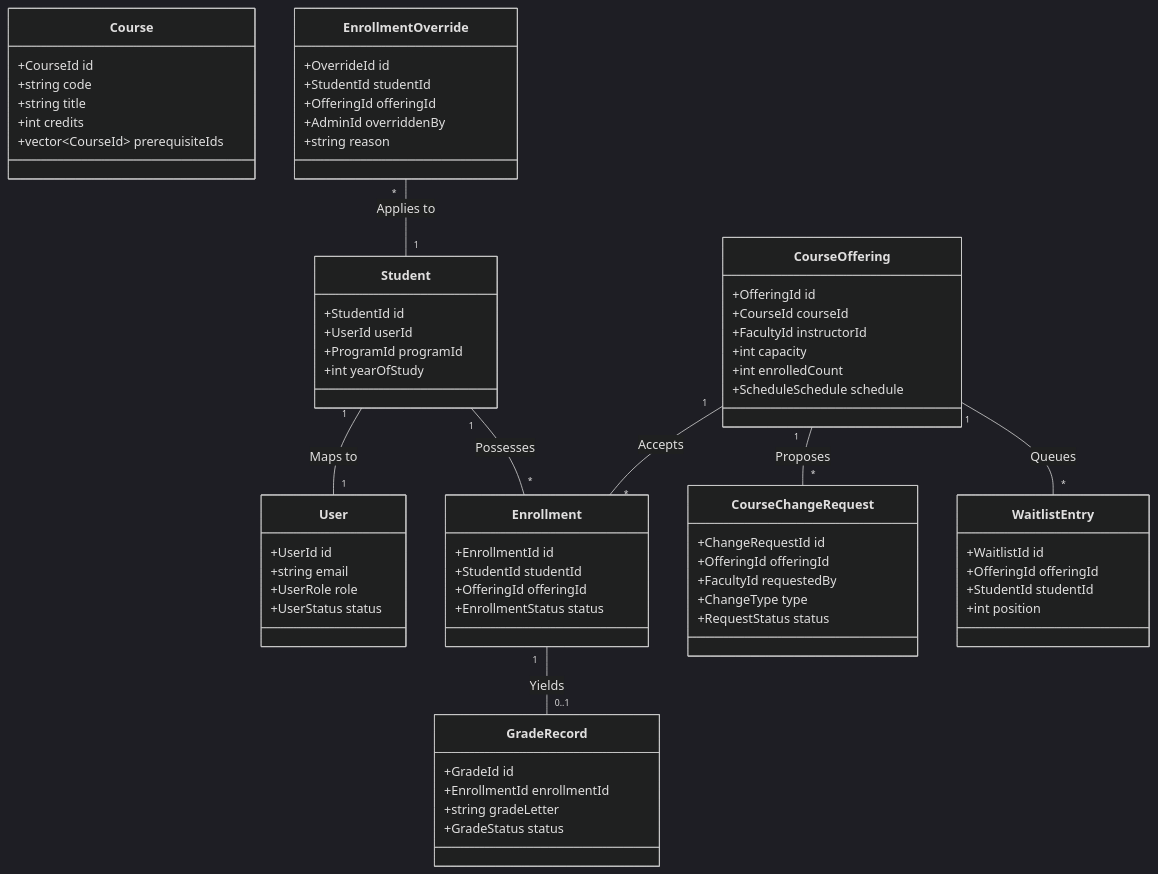
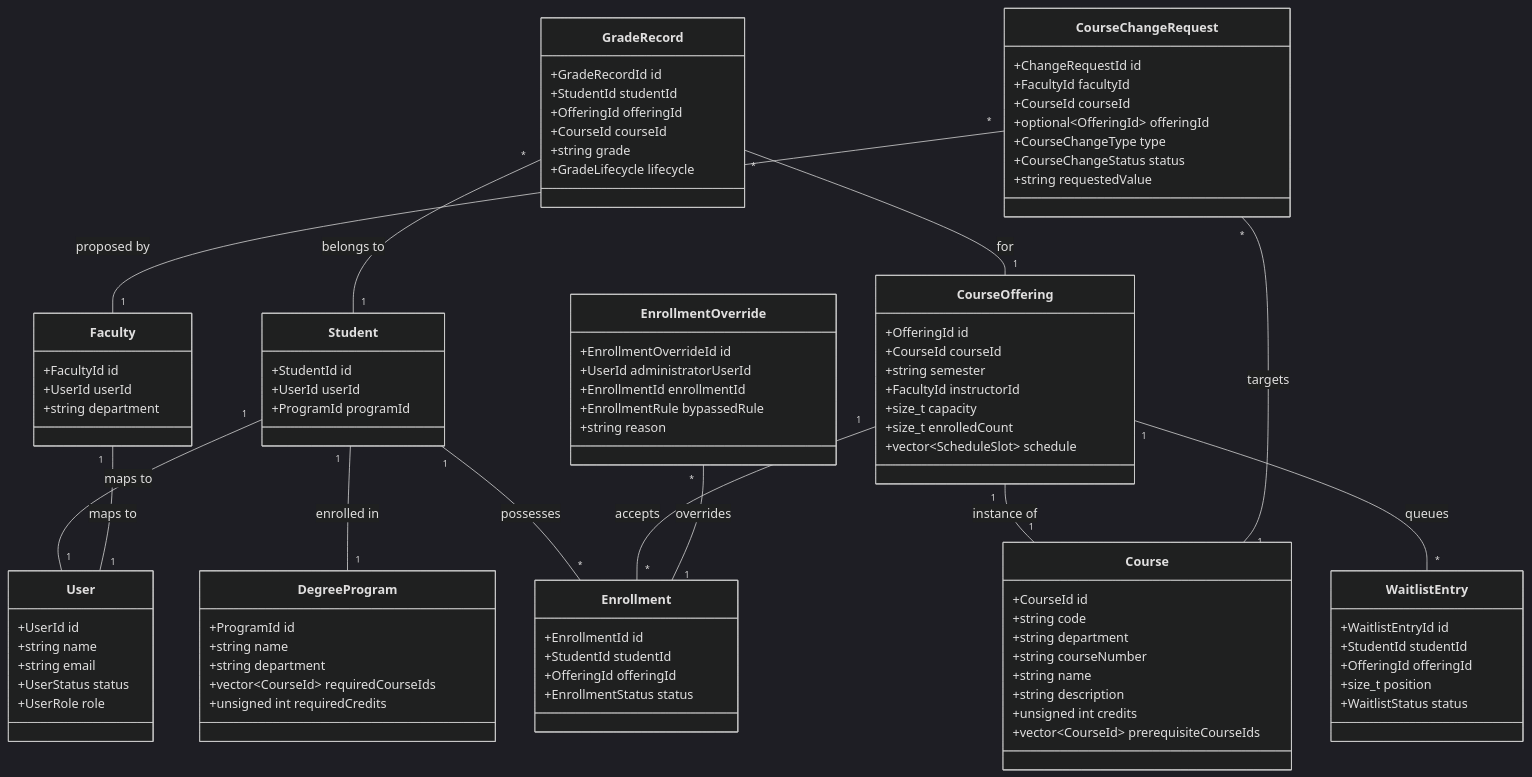
Before and after one commit to DesanSilva/university-course-enrolment-system: the fourth of 4 diagrams in docs/uml_class_diagram.md, drawn with Mermaid (dark theme). The commit also changed other lines of this file and 3 other files, not shown here.

Commit message:
updated UML diagrams

````diff
--- a/docs/uml_class_diagram.md
+++ b/docs/uml_class_diagram.md
@@ -243,33 +325,43 @@
 classDiagram
     class User {
         +UserId id
+        +string name
         +string email
+        +UserStatus status
         +UserRole role
-        +UserStatus status
     }
 
     class Student {
         +StudentId id
         +UserId userId
         +ProgramId programId
-        +int yearOfStudy
+    }
+
+    class Faculty {
+        +FacultyId id
+        +UserId userId
+        +string department
     }
 
     class Course {
         +CourseId id
         +string code
-        +string title
-        +int credits
-        +vector~CourseId~ prerequisiteIds
+        +string department
+        +string courseNumber
+        +string name
+        +string description
+        +unsigned int credits
+        +vector~CourseId~ prerequisiteCourseIds
     }
 
     class CourseOffering {
         +OfferingId id
         +CourseId courseId
+        +string semester
         +FacultyId instructorId
-        +int capacity
-        +int enrolledCount
-        +ScheduleSchedule schedule
+        +size_t capacity
+        +size_t enrolledCount
+        +vector~ScheduleSlot~ schedule
     }
 
     class Enrollment {
@@ -279,41 +371,59 @@
         +EnrollmentStatus status
     }
 
+    class DegreeProgram {
+        +ProgramId id
+        +string name
+        +string department
+        +vector~CourseId~ requiredCourseIds
+        +unsigned int requiredCredits
+    }
+
     class GradeRecord {
-        +GradeId id
-        +EnrollmentId enrollmentId
-        +string gradeLetter
-        +GradeStatus status
+        +GradeRecordId id
+        +StudentId studentId
+        +OfferingId offeringId
+        +CourseId courseId
+        +string grade
+        +GradeLifecycle lifecycle
     }
 
     class CourseChangeRequest {
         +ChangeRequestId id
-        +OfferingId offeringId
-        +FacultyId requestedBy
-        +ChangeType type
-        +RequestStatus status
+        +FacultyId facultyId
+        +CourseId courseId
+        +optional~OfferingId~ offeringId
+        +CourseChangeType type
+        +CourseChangeStatus status
+        +string requestedValue
     }
 
     class WaitlistEntry {
-        +WaitlistId id
+        +WaitlistEntryId id
+        +StudentId studentId
         +OfferingId offeringId
-        +StudentId studentId
-        +int position
+        +size_t position
+        +WaitlistStatus status
     }
 
     class EnrollmentOverride {
-        +OverrideId id
-        +StudentId studentId
-        +OfferingId offeringId
-        +AdminId overriddenBy
+        +EnrollmentOverrideId id
+        +UserId administratorUserId
+        +EnrollmentId enrollmentId
+        +EnrollmentRule bypassedRule
         +string reason
     }
 
-    Student "1" -- "1" User : Maps to
-    Student "1" -- "*" Enrollment : Possesses
-    CourseOffering "1" -- "*" Enrollment : Accepts
-    Enrollment "1" -- "0..1" GradeRecord : Yields
-    CourseOffering "1" -- "*" WaitlistEntry : Queues
-    CourseOffering "1" -- "*" CourseChangeRequest : Proposes
-    EnrollmentOverride "*" -- "1" Student : Applies to
+    Student "1" -- "1" User : maps to
+    Faculty "1" -- "1" User : maps to
+    Student "1" -- "1" DegreeProgram : enrolled in
+    Student "1" -- "*" Enrollment : possesses
+    CourseOffering "1" -- "*" Enrollment : accepts
+    CourseOffering "1" -- "1" Course : instance of
+    GradeRecord "*" -- "1" Student : belongs to
+    GradeRecord "*" -- "1" CourseOffering : for
+    CourseOffering "1" -- "*" WaitlistEntry : queues
+    CourseChangeRequest "*" -- "1" Faculty : proposed by
+    CourseChangeRequest "*" -- "1" Course : targets
+    EnrollmentOverride "*" -- "1" Enrollment : overrides
 ```
````
